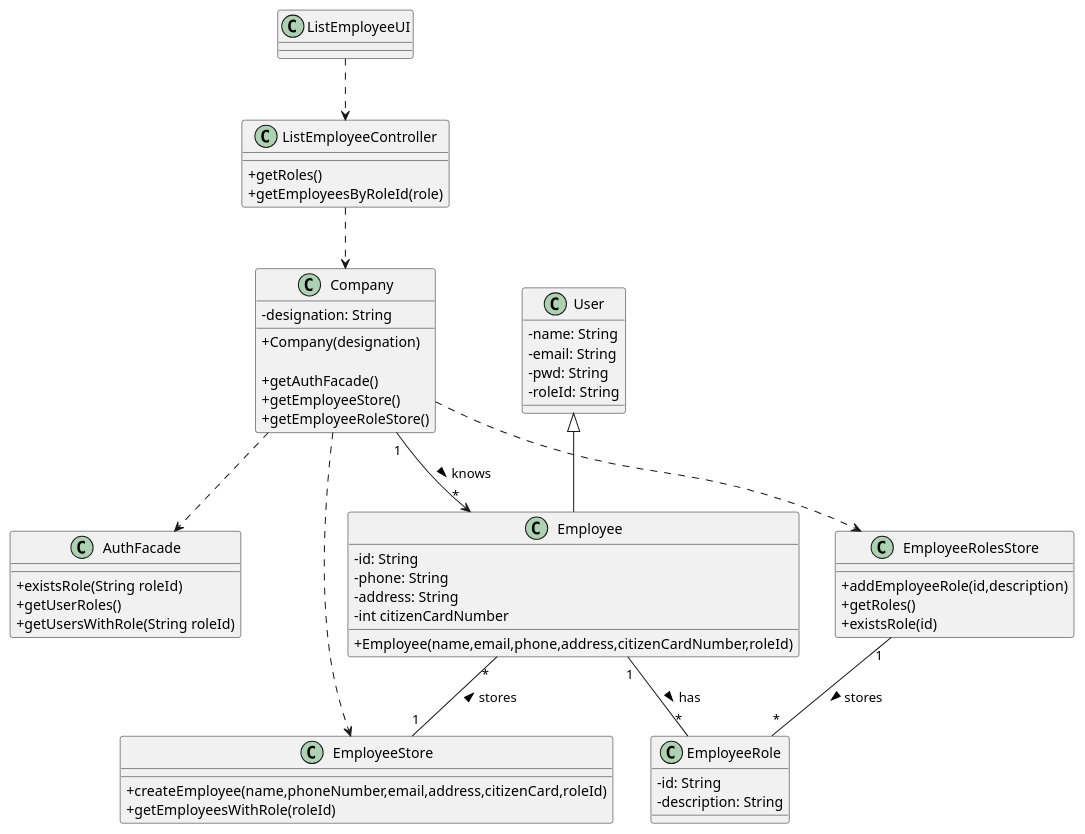
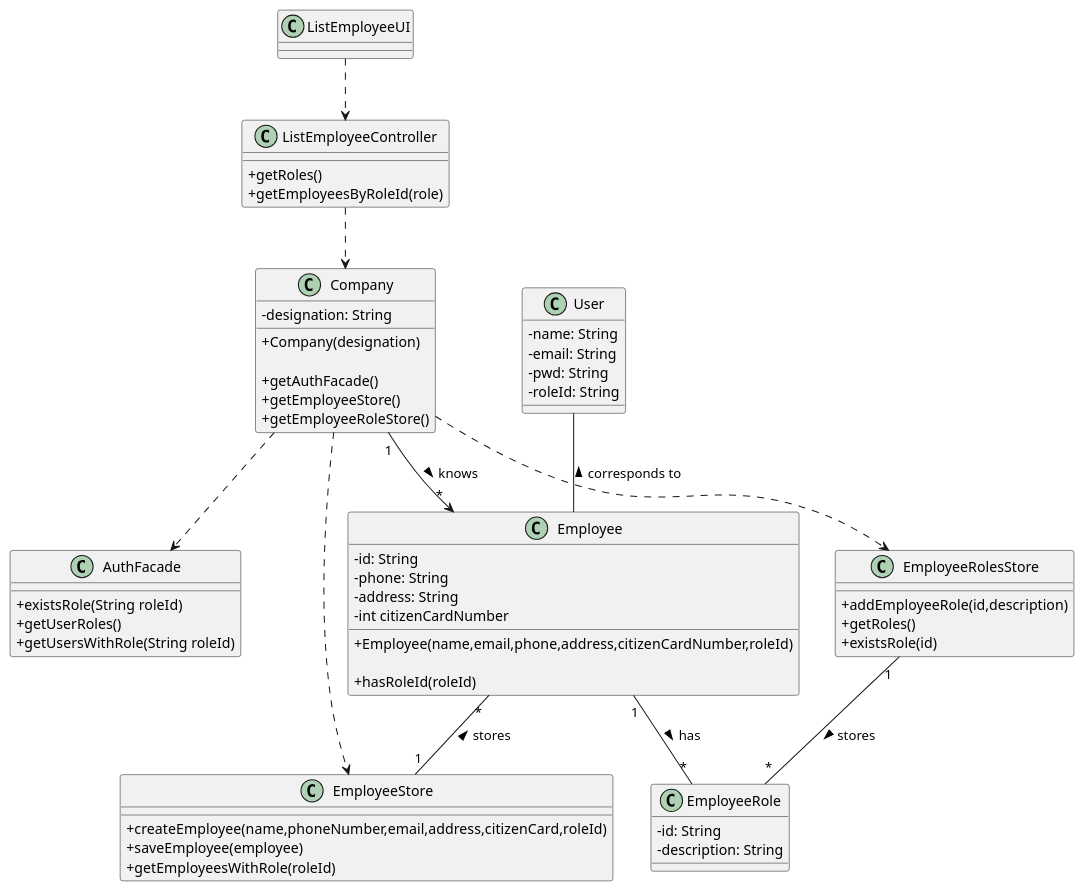
Before and after one commit to miseEnPlace-i/lapr2: the diagram in docs/SprintB/US11/CD/US11_CD.puml, drawn with PlantUML. The commit also changed 8 other files, not shown here.

Commit message:
fix(US11): removed user-employee relation & fixed diagrams

```diff
--- a/docs/SprintB/US11/CD/US11_CD.puml
+++ b/docs/SprintB/US11/CD/US11_CD.puml
@@ -1,72 +1,76 @@
 @startuml
 skinparam classAttributeIconSize 0
 
 class User {
   -name: String
   -email: String
   -pwd: String
   -roleId: String
 }
 
 class Employee {
   -id: String
   -phone: String
   -address: String
   -int citizenCardNumber
   
   +Employee(name,email,phone,address,citizenCardNumber,roleId)
+
+  +hasRoleId(roleId)
 }
 
 class Company {
   -designation: String
+  
   +Company(designation)
 
   +getAuthFacade()
   +getEmployeeStore()
   +getEmployeeRoleStore()
 }
 
 class AuthFacade {
   +existsRole(String roleId)
   +getUserRoles()
   +getUsersWithRole(String roleId)
 }
 
 class EmployeeStore {
   +createEmployee(name,phoneNumber,email,address,citizenCard,roleId)
+  +saveEmployee(employee)
   +getEmployeesWithRole(roleId)
 }
 
 class ListEmployeeController {
   +getRoles()
   +getEmployeesByRoleId(role)
 }
 
 class EmployeeRole {
   -id: String
   -description: String
 }
 
 class ListEmployeeUI {}
 
 class EmployeeRolesStore {
   +addEmployeeRole(id,description)
   +getRoles()
   +existsRole(id)
 }
 
 ListEmployeeUI ..> ListEmployeeController
 ListEmployeeController ..> Company
 
 Company ..> AuthFacade
 Company ..> EmployeeStore
 Employee "*" -- "1" EmployeeStore : stores <
 Company "1" --> "*" Employee : knows >
 
 EmployeeRolesStore "1" -- "*" EmployeeRole : stores >
 Company ..> EmployeeRolesStore
 Employee "1" -- "*" EmployeeRole : has >
 
-User <|-- Employee 
+User -- Employee : corresponds to <
 
 @enduml
```
